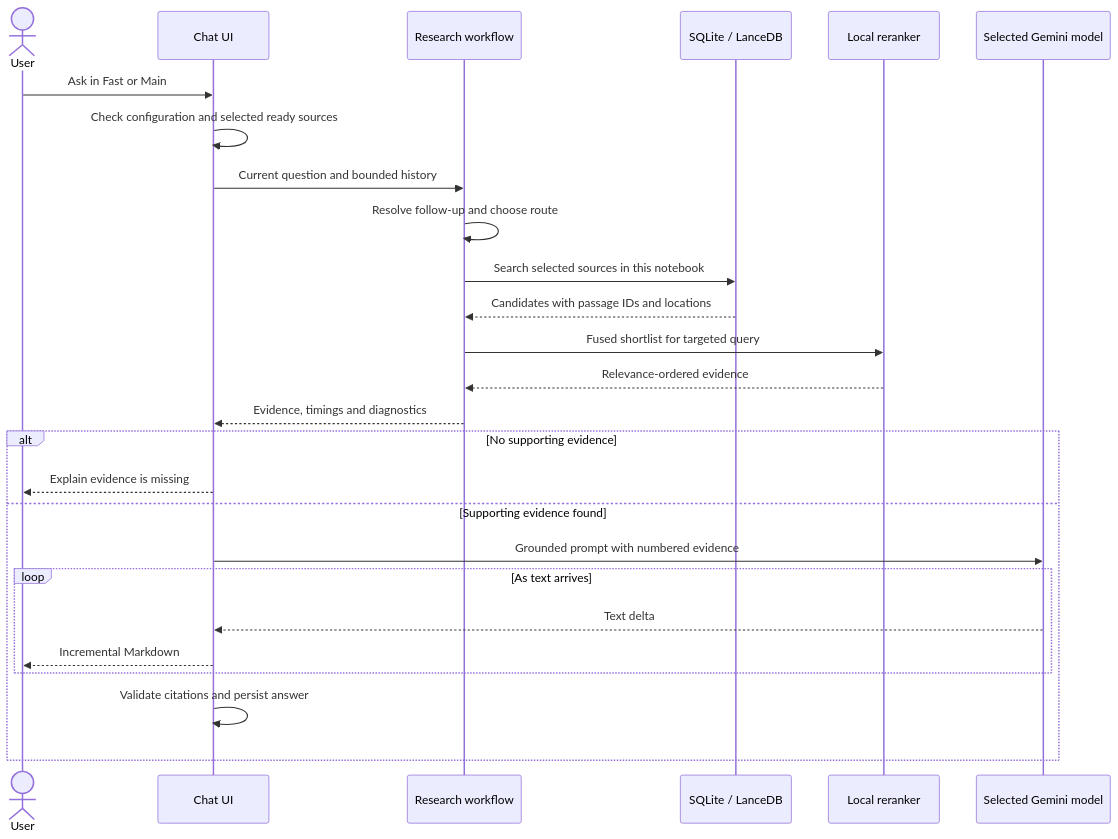
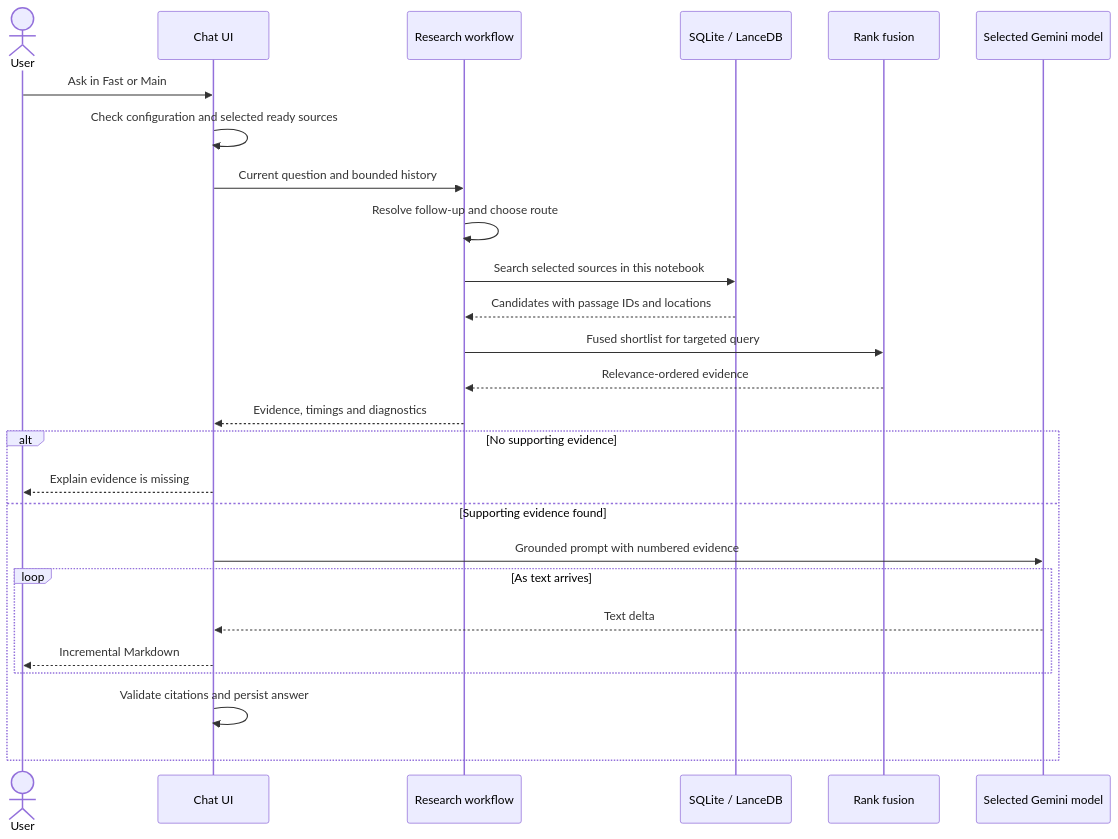
One commit to ryuu-la/NoteBookLm changed the third of 3 diagrams in docs/ARCHITECTURE.md. Above: the diagram before and after it, drawn with Mermaid. The commit also changed other lines of this file and 72 other files, not shown here.

Commit message:
Use text-only Gemma retrieval and improve indexing and interactive mind maps

````diff
--- a/docs/ARCHITECTURE.md
+++ b/docs/ARCHITECTURE.md
@@ -103,28 +103,28 @@
 ```mermaid
 sequenceDiagram
     actor User
     participant UI as Chat UI
     participant RAG as Research workflow
     participant Index as SQLite / LanceDB
-    participant Rank as Local reranker
+    participant Rank as Rank fusion
     participant API as Selected Gemini model
     User->>UI: Ask in Fast or Main
     UI->>UI: Check configuration and selected ready sources
     UI->>RAG: Current question and bounded history
     RAG->>RAG: Resolve follow-up and choose route
     RAG->>Index: Search selected sources in this notebook
     Index-->>RAG: Candidates with passage IDs and locations
     RAG->>Rank: Fused shortlist for targeted query
     Rank-->>RAG: Relevance-ordered evidence
     RAG-->>UI: Evidence, timings and diagnostics
     alt No supporting evidence
         UI-->>User: Explain evidence is missing
     else Supporting evidence found
         UI->>API: Grounded prompt with numbered evidence
         loop As text arrives
             API-->>UI: Text delta
             UI-->>User: Incremental Markdown
         end
         UI->>UI: Validate citations and persist answer
     end
 ```
````
